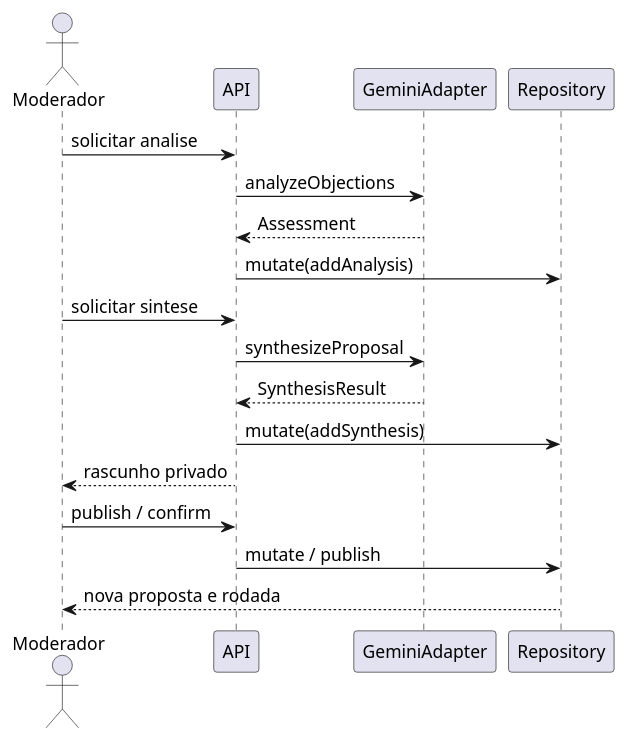
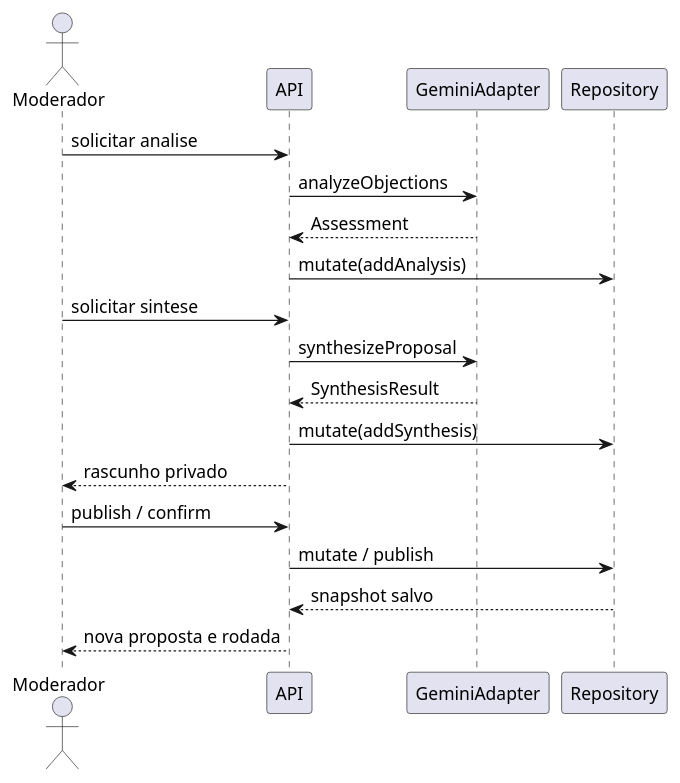
Before and after one commit to MRmoratelli/tcc-decisao-coletiva: the diagram in prototype-v2/docs/entrega-academica/diagramas/F10.puml, drawn with PlantUML.

Commit message:
docs: explicitar resposta da API na sequência de publicação

```diff
--- a/prototype-v2/docs/entrega-academica/diagramas/F10.puml
+++ b/prototype-v2/docs/entrega-academica/diagramas/F10.puml
@@ -1,21 +1,22 @@
 @startuml
 skinparam defaultFontSize 14
 skinparam shadowing false
 skinparam backgroundColor white
 actor Moderador as M
 participant API
 participant GeminiAdapter as G
 participant Repository as R
 M -> API : solicitar analise
 API -> G : analyzeObjections
 G --> API : Assessment
 API -> R : mutate(addAnalysis)
 M -> API : solicitar sintese
 API -> G : synthesizeProposal
 G --> API : SynthesisResult
 API -> R : mutate(addSynthesis)
 API --> M : rascunho privado
 M -> API : publish / confirm
 API -> R : mutate / publish
-R --> M : nova proposta e rodada
+R --> API : snapshot salvo
+API --> M : nova proposta e rodada
 @enduml
```
